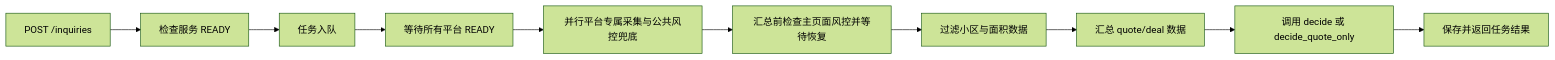
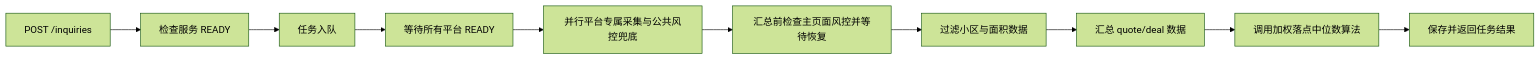
Before and after one commit to Hr222/house-rpa: the fourth of 4 diagrams in docs/系统架构与运行时状态.md, drawn with Mermaid (forest theme). The commit also changed 41 other files, not shown here.

````diff
--- a/docs/系统架构与运行时状态.md
+++ b/docs/系统架构与运行时状态.md
@@ -183,12 +183,12 @@
 ```mermaid
 flowchart LR
     A["POST /inquiries"] --> B["检查服务 READY"]
     B --> C["任务入队"]
     C --> D["等待所有平台 READY"]
     D --> E["并行平台专属采集与公共风控兜底"]
     E --> F["汇总前检查主页面风控并等待恢复"]
     F --> G["过滤小区与面积数据"]
     G --> H["汇总 quote/deal 数据"]
-    H --> I["调用 decide 或 decide_quote_only"]
+    H --> I["调用加权落点中位数算法"]
     I --> J["保存并返回任务结果"]
 ```
````
